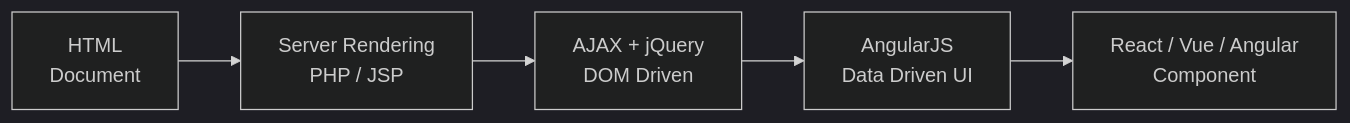
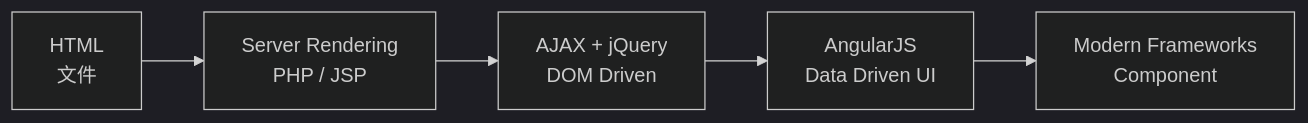
The first of 2 diagrams in README.md (carl-heldernt/web-architecture-evolution), drawn with Mermaid (dark theme) before and after one commit. The commit also changed other lines of this file and 6 other files, not shown here.

````diff
--- a/README.md
+++ b/README.md
@@ -13,7 +22,7 @@
 ```mermaid
 flowchart LR
-    HTML["HTML<br/>Document"] --> SSR["Server Rendering<br/>PHP / JSP"]
+    HTML["HTML<br/>文件"] --> SSR["Server Rendering<br/>PHP / JSP"]
     SSR --> AJAX["AJAX + jQuery<br/>DOM Driven"]
     AJAX --> AngularJS["AngularJS<br/>Data Driven UI"]
-    AngularJS --> Modern["React / Vue / Angular<br/>Component"]
+    AngularJS --> Modern["Modern Frameworks<br/>Component"]
 ```
````
